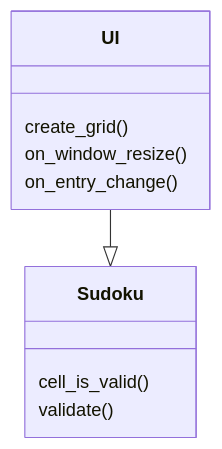
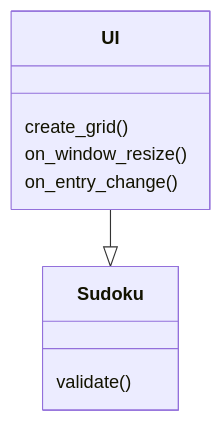
Before and after one commit to maazjes/ohte: the diagram in dokumentaatio/arkkitehtuuri.md, drawn with Mermaid. The commit also changed 3 other files, not shown here.

````diff
--- a/dokumentaatio/arkkitehtuuri.md
+++ b/dokumentaatio/arkkitehtuuri.md
@@ -1,13 +1,12 @@
 ```mermaid
 classDiagram
     class UI{
         create_grid()
         on_window_resize()
         on_entry_change()
     }
     class Sudoku{
-        cell_is_valid()
         validate()
     }
     UI --|> Sudoku
 ```
````
